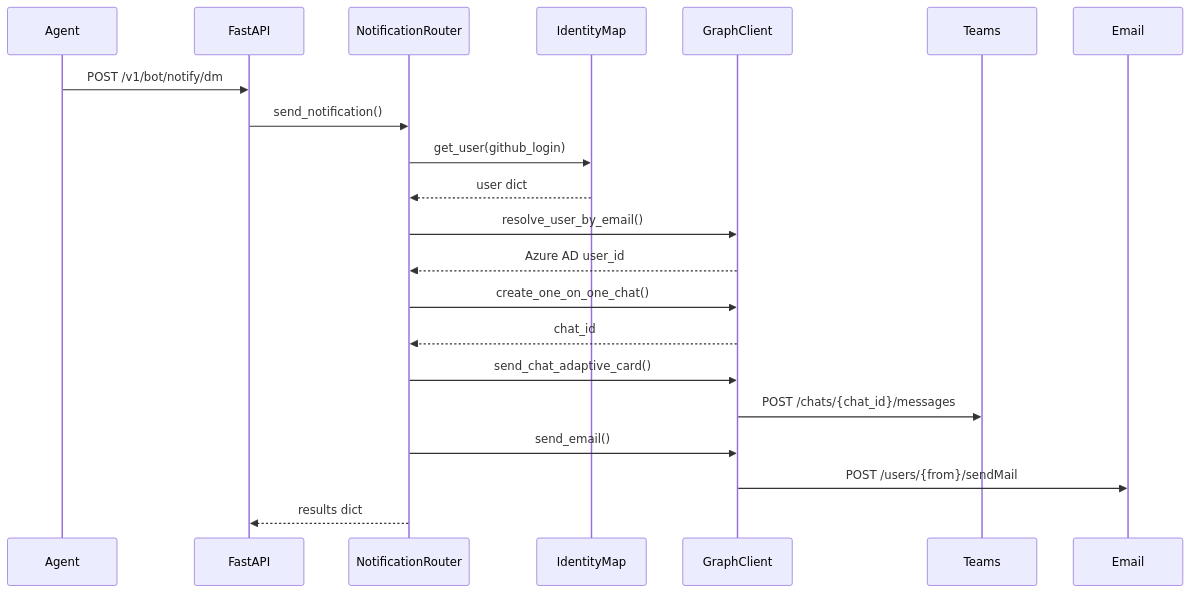
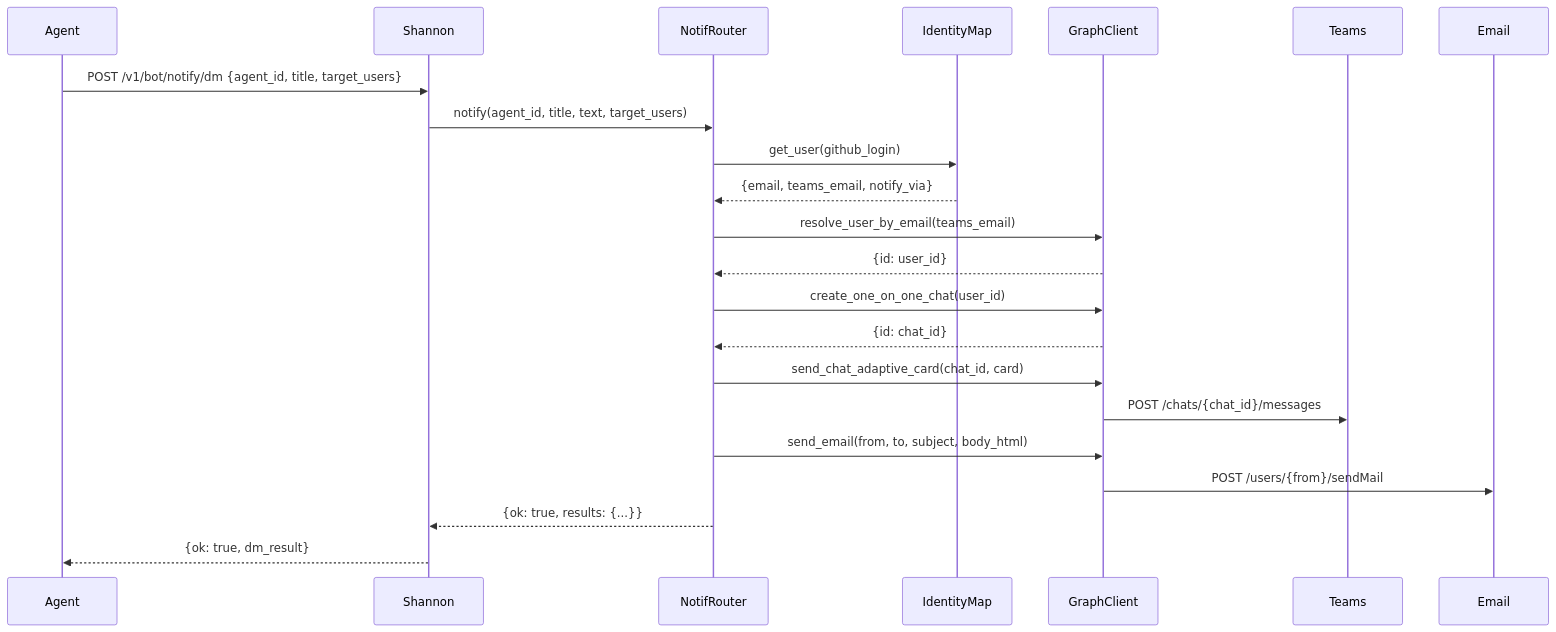
The fourth of 4 diagrams in agents/shannon/docs/service.md (jmac-cornelis/agent-workforce), drawn with Mermaid before and after one commit. The commit also changed other lines of this file and 7 other files, not shown here.

````diff
--- a/agents/shannon/docs/service.md
+++ b/agents/shannon/docs/service.md
@@ -111,24 +111,25 @@
 ```mermaid
 sequenceDiagram
     participant Agent
-    participant FastAPI
-    participant NotificationRouter
+    participant Shannon
+    participant NotifRouter
     participant IdentityMap
     participant GraphClient
     participant Teams
     participant Email
 
-    Agent->>FastAPI: POST /v1/bot/notify/dm
-    FastAPI->>NotificationRouter: send_notification()
-    NotificationRouter->>IdentityMap: get_user(github_login)
-    IdentityMap-->>NotificationRouter: user dict
-    NotificationRouter->>GraphClient: resolve_user_by_email()
-    GraphClient-->>NotificationRouter: Azure AD user_id
-    NotificationRouter->>GraphClient: create_one_on_one_chat()
-    GraphClient-->>NotificationRouter: chat_id
-    NotificationRouter->>GraphClient: send_chat_adaptive_card()
+    Agent->>Shannon: POST /v1/bot/notify/dm {agent_id, title, target_users}
+    Shannon->>NotifRouter: notify(agent_id, title, text, target_users)
+    NotifRouter->>IdentityMap: get_user(github_login)
+    IdentityMap-->>NotifRouter: {email, teams_email, notify_via}
+    NotifRouter->>GraphClient: resolve_user_by_email(teams_email)
+    GraphClient-->>NotifRouter: {id: user_id}
+    NotifRouter->>GraphClient: create_one_on_one_chat(user_id)
+    GraphClient-->>NotifRouter: {id: chat_id}
+    NotifRouter->>GraphClient: send_chat_adaptive_card(chat_id, card)
     GraphClient->>Teams: POST /chats/{chat_id}/messages
-    NotificationRouter->>GraphClient: send_email()
+    NotifRouter->>GraphClient: send_email(from, to, subject, body_html)
     GraphClient->>Email: POST /users/{from}/sendMail
-    NotificationRouter-->>FastAPI: results dict
+    NotifRouter-->>Shannon: {ok: true, results: {...}}
+    Shannon-->>Agent: {ok: true, dm_result}
 ```
````
